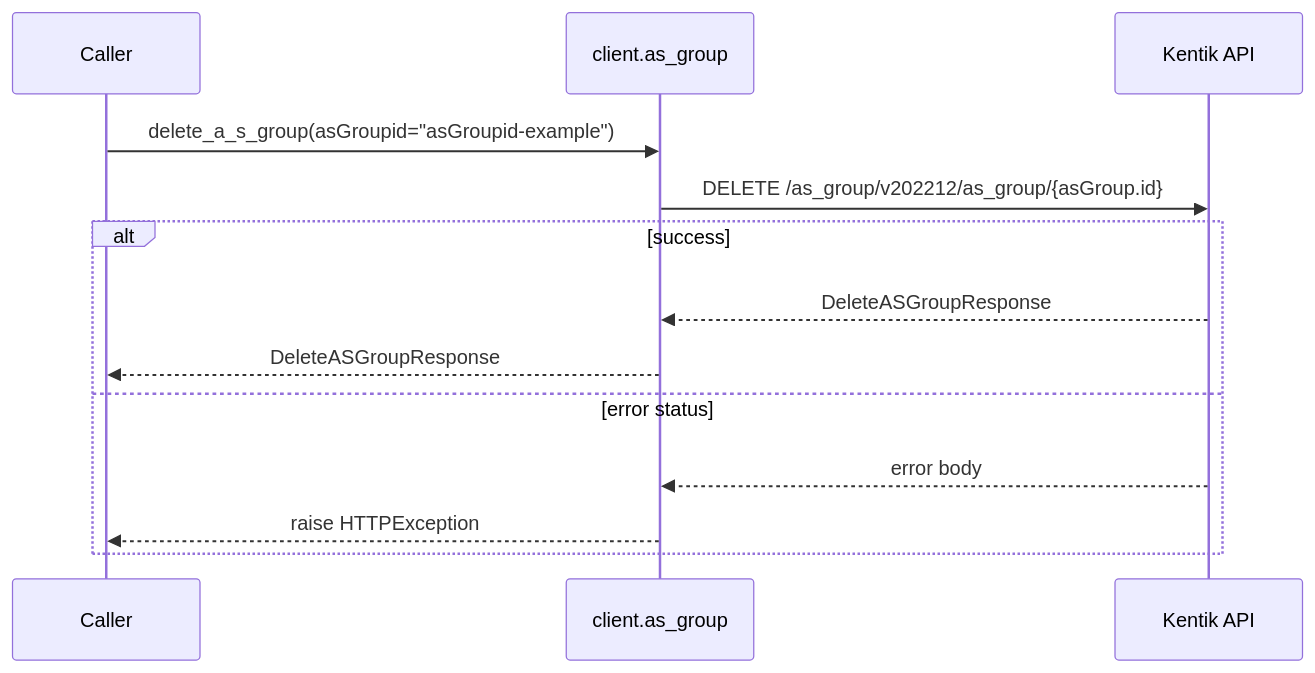
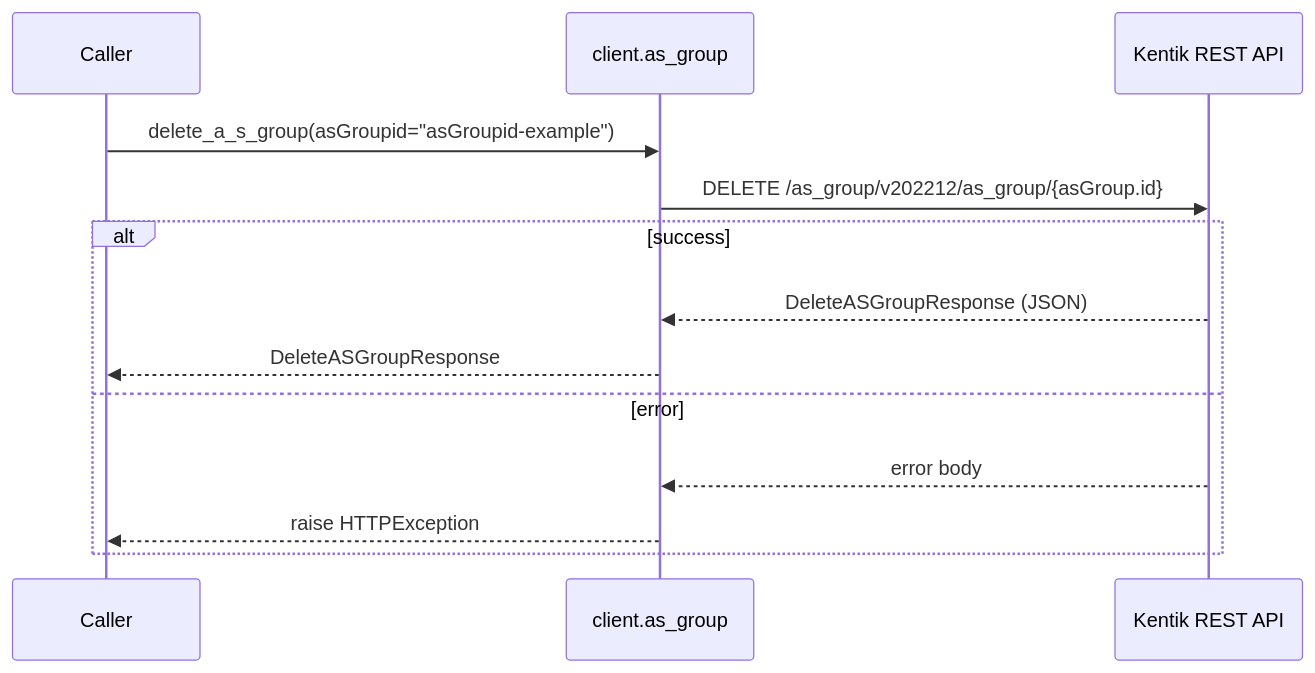
One commit to alexdearaujo/community_sdk_python changed the tenth of 12 diagrams in docs/sphinx/services/as_group.md. Above: the diagram before and after it, drawn with Mermaid. The commit also changed other lines of this file and 61 other files, not shown here.

````diff
--- a/docs/sphinx/services/as_group.md
+++ b/docs/sphinx/services/as_group.md
@@ -227,16 +329,16 @@
 ```mermaid
 sequenceDiagram
     participant C as Caller
     participant W as client.as_group
-    participant API as Kentik API
+    participant API as Kentik REST API
 
     C->>W: delete_a_s_group(asGroupid="asGroupid-example")
     W->>API: DELETE /as_group/v202212/as_group/{asGroup.id}
     alt success
-        API-->>W: DeleteASGroupResponse
+        API-->>W: DeleteASGroupResponse (JSON)
         W-->>C: DeleteASGroupResponse
-    else error status
+    else error
         API-->>W: error body
         W-->>C: raise HTTPException
     end
 ```
````
